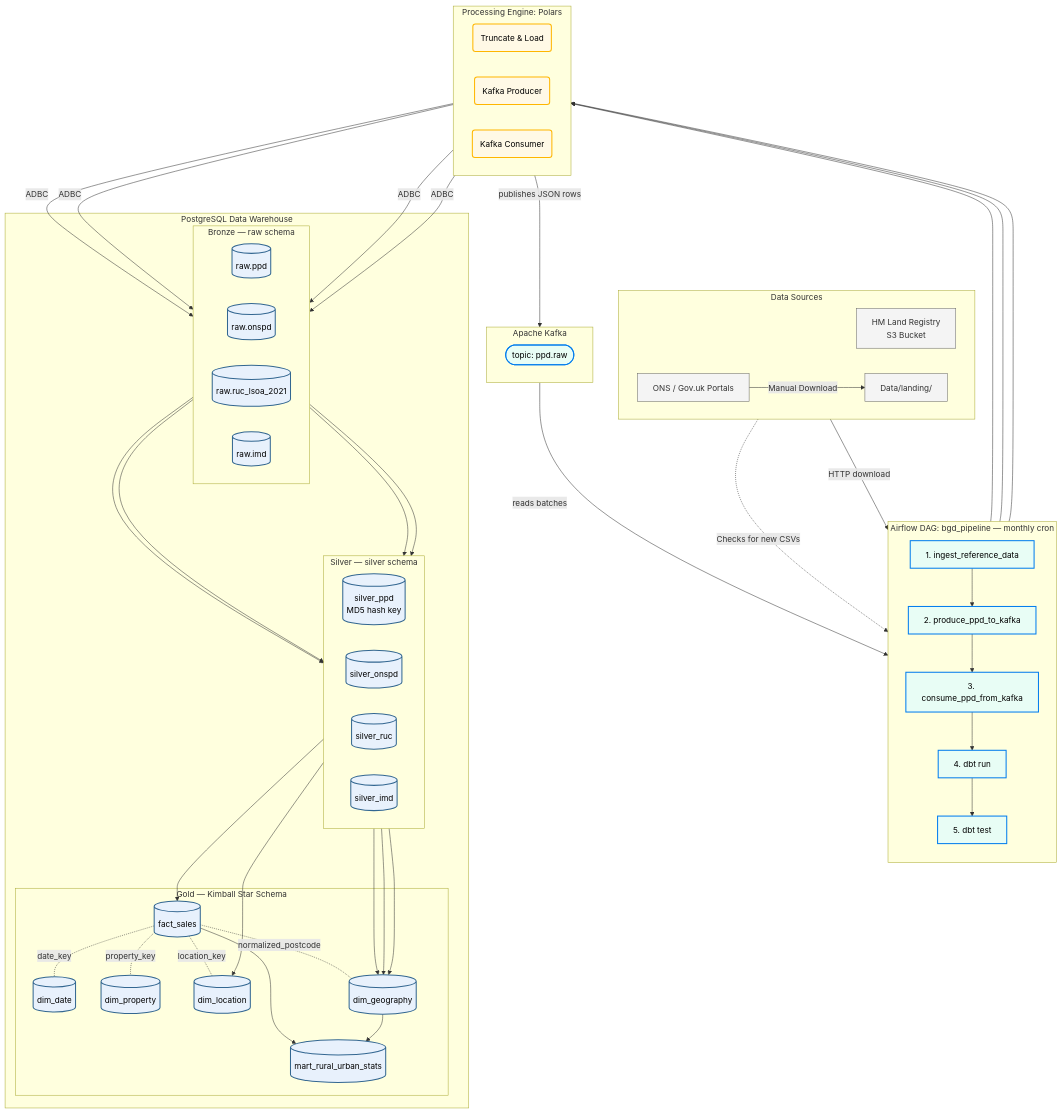
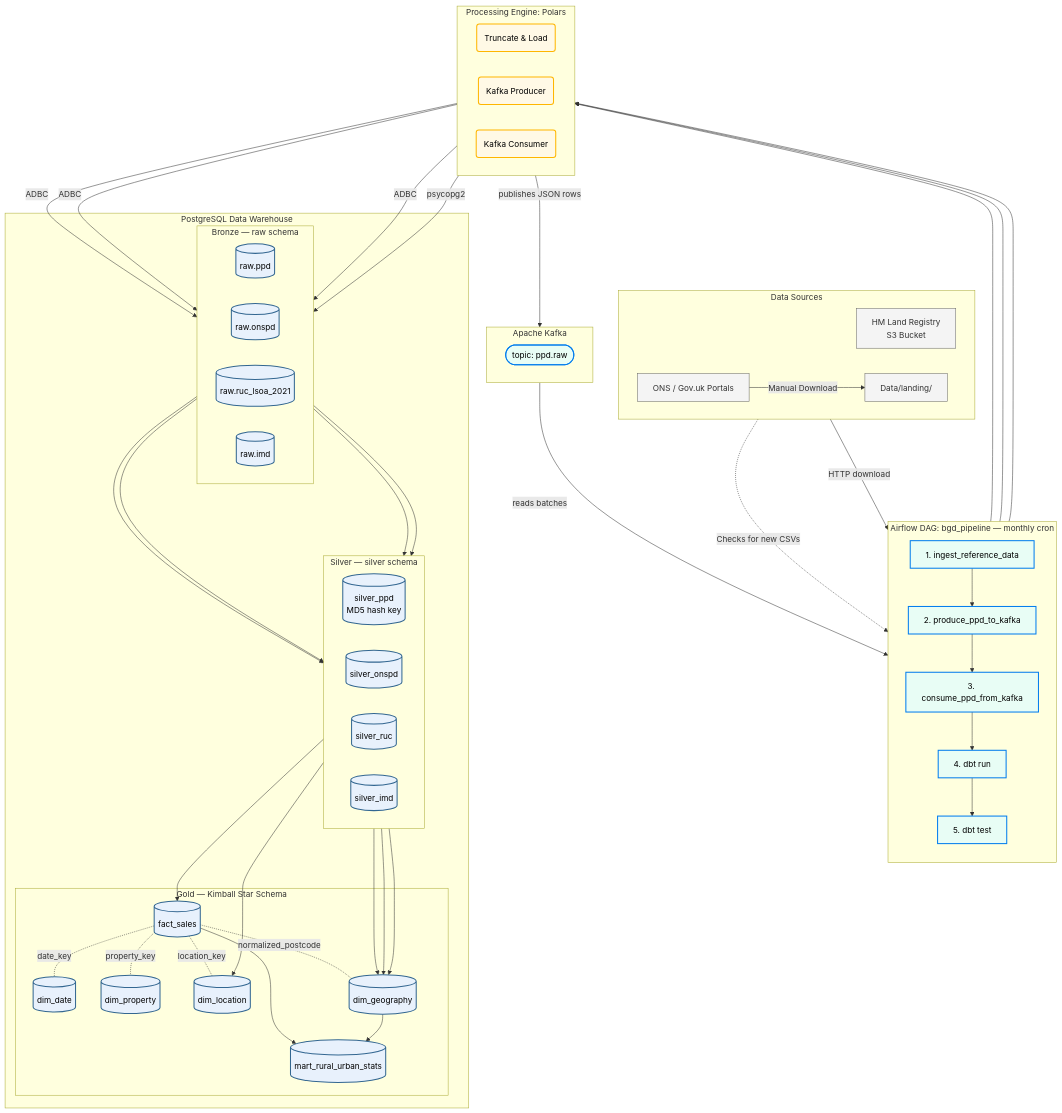
The diagram in README.md (mjacobik/uk-property-data-warehouse), drawn with Mermaid before and after one commit. The commit also changed other lines of this file and 4 other files, not shown here.

```diff
--- a/README.md
+++ b/README.md
@@ -118,7 +118,7 @@
     PRef -->|ADBC| B_onspd
     PRef -->|ADBC| B_ruc
     PRef -->|ADBC| B_imd
-    PCons -->|ADBC| B_ppd
+    PCons -->|psycopg2| B_ppd
 
     %% Bronze → Silver (all automated by dbt run)
     B_ppd --> S_ppd
```
